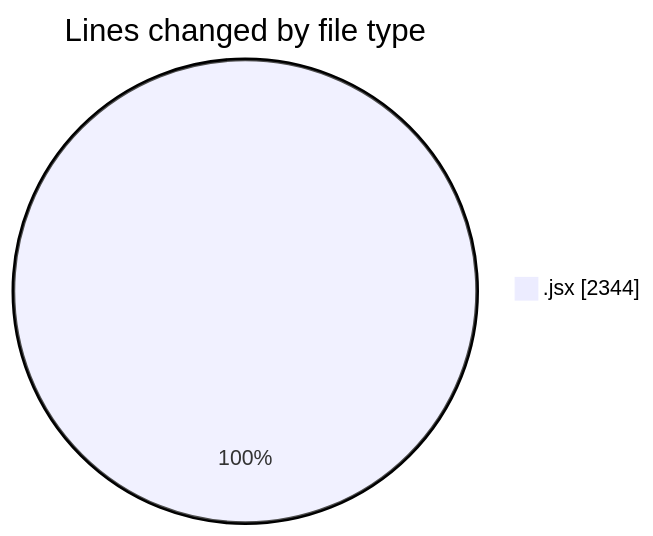
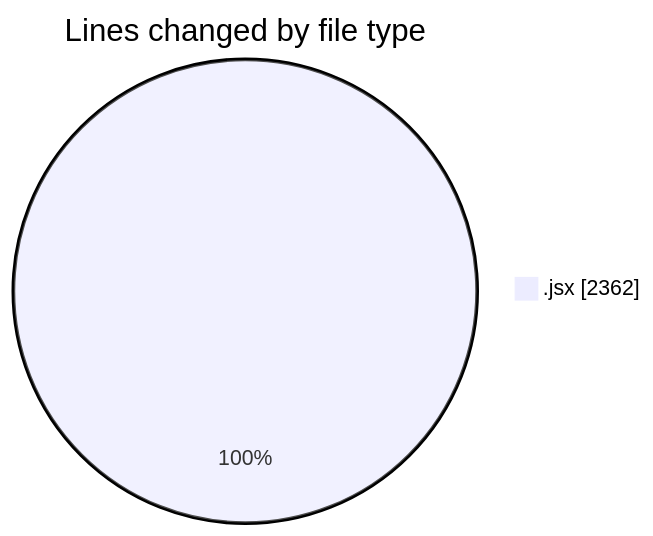
One commit to nxtqubesakshisongat/code-tracking changed the first of 2 diagrams in 2025-08-01/nxtqube_webapp/README.md. Above: the diagram before and after it, drawn with Mermaid. The commit also changed other lines of this file and 1 other file, not shown here.

````diff
--- a/2025-08-01/nxtqube_webapp/README.md
+++ b/2025-08-01/nxtqube_webapp/README.md
@@ -26,5 +26,5 @@
 ```mermaid
 pie showData
 title Lines changed by file type
-".jsx" : 2344
+".jsx" : 2362
 ```
````
